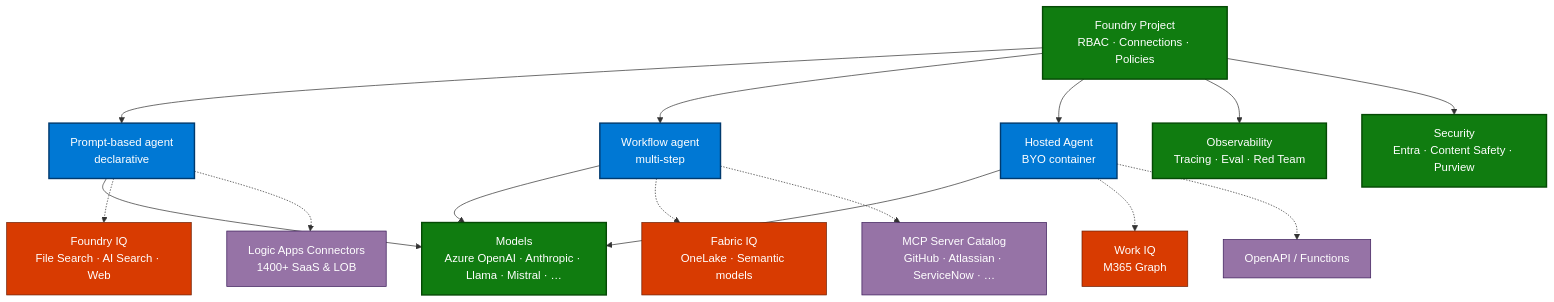
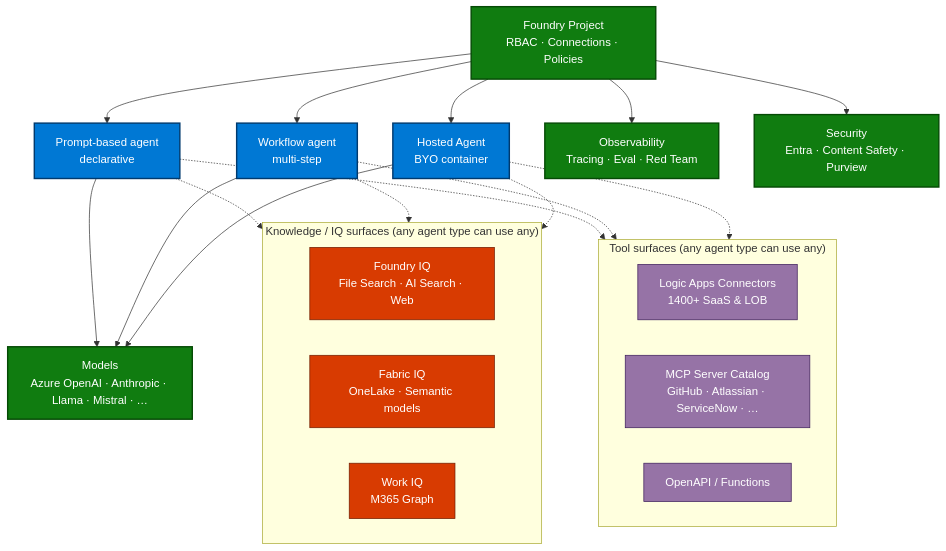
Before and after one commit to fredgis/fabric-foundry-kb: the second of 9 diagrams in markdown/Foundry_Agent_Development_Guide.md, drawn with Mermaid. The commit also changed other lines of this file and 1 other file, not shown here.

````diff
--- a/markdown/Foundry_Agent_Development_Guide.md
+++ b/markdown/Foundry_Agent_Development_Guide.md
@@ -90,36 +107,41 @@
 ```mermaid
 flowchart TB
     classDef agent fill:#0078d4,stroke:#003a6e,color:#fff,stroke-width:2px
     classDef plat fill:#107c10,stroke:#054a05,color:#fff,stroke-width:2px
     classDef tool fill:#9673a6,stroke:#3b1c5a,color:#fff
     classDef data fill:#d83b01,stroke:#6e1d00,color:#fff
 
     P[Foundry Project<br/>RBAC · Connections · Policies]:::plat
     A1[Prompt-based agent<br/>declarative]:::agent
     A2[Workflow agent<br/>multi-step]:::agent
     A3[Hosted Agent<br/>BYO container]:::agent
     M[Models<br/>Azure OpenAI · Anthropic · Llama · Mistral · …]:::plat
-    FIQ[Foundry IQ<br/>File Search · AI Search · Web]:::data
-    BIQ[Fabric IQ<br/>OneLake · Semantic models]:::data
-    WIQ[Work IQ<br/>M365 Graph]:::data
-    LA[Logic Apps Connectors<br/>1400+ SaaS &amp; LOB]:::tool
-    MCP[MCP Server Catalog<br/>GitHub · Atlassian · ServiceNow · …]:::tool
-    OAP[OpenAPI / Functions]:::tool
+
+    subgraph IQ["Knowledge / IQ surfaces (any agent type can use any)"]
+        FIQ[Foundry IQ<br/>File Search · AI Search · Web]:::data
+        BIQ[Fabric IQ<br/>OneLake · Semantic models]:::data
+        WIQ[Work IQ<br/>M365 Graph]:::data
+    end
+    subgraph CONN["Tool surfaces (any agent type can use any)"]
+        LA[Logic Apps Connectors<br/>1400+ SaaS &amp; LOB]:::tool
+        MCP[MCP Server Catalog<br/>GitHub · Atlassian · ServiceNow · …]:::tool
+        OAP[OpenAPI / Functions]:::tool
+    end
     OBS[Observability<br/>Tracing · Eval · Red Team]:::plat
     SEC[Security<br/>Entra · Content Safety · Purview]:::plat
 
     P --> A1
     P --> A2
     P --> A3
     A1 --> M
     A2 --> M
     A3 --> M
-    A1 -.-> FIQ
-    A2 -.-> BIQ
-    A3 -.-> WIQ
-    A1 -.-> LA
-    A2 -.-> MCP
-    A3 -.-> OAP
+    A1 -.-> IQ
+    A2 -.-> IQ
+    A3 -.-> IQ
+    A1 -.-> CONN
+    A2 -.-> CONN
+    A3 -.-> CONN
     P --> OBS
     P --> SEC
 ```
````
